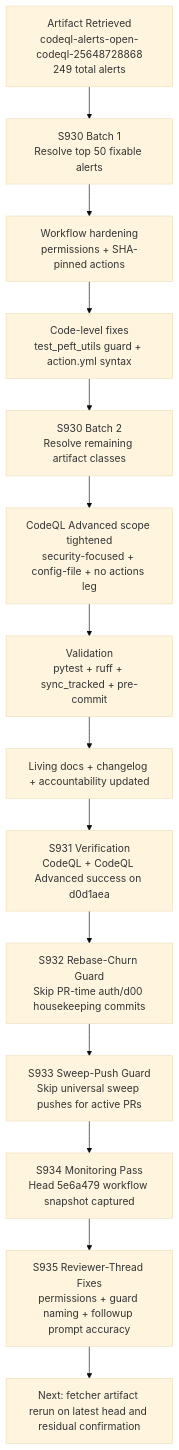
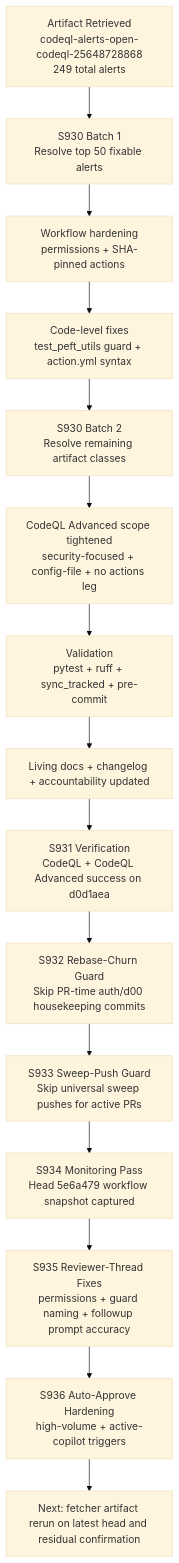
Before and after one commit to Aries-Serpent/_codex_: the first of 2 diagrams in docs/sessions/PR4393_session_diagram.md, drawn with Mermaid (base theme). The commit also changed other lines of this file and 6 other files, not shown here.

First line of the commit message:
fix(ci): harden auto-approve for active copilot sessions and high pending workflow volume

````diff
--- a/docs/sessions/PR4393_session_diagram.md
+++ b/docs/sessions/PR4393_session_diagram.md
@@ -3,17 +3,18 @@
 ```mermaid
 graph TD
   A[Artifact Retrieved<br/>codeql-alerts-open-codeql-25648728868<br/>249 total alerts] --> B
   B[S930 Batch 1<br/>Resolve top 50 fixable alerts] --> C
   C[Workflow hardening<br/>permissions + SHA-pinned actions] --> D
   D[Code-level fixes<br/>test_peft_utils guard + action.yml syntax] --> E
   E[S930 Batch 2<br/>Resolve remaining artifact classes] --> F
   F[CodeQL Advanced scope tightened<br/>security-focused + config-file + no actions leg] --> G
   G[Validation<br/>pytest + ruff + sync_tracked + pre-commit] --> H
   H[Living docs + changelog + accountability updated] --> I
   I[S931 Verification<br/>CodeQL + CodeQL Advanced success on d0d1aea] --> J
   J[S932 Rebase-Churn Guard<br/>Skip PR-time auth/d00 housekeeping commits] --> K
   K[S933 Sweep-Push Guard<br/>Skip universal sweep pushes for active PRs] --> L
   L[S934 Monitoring Pass<br/>Head 5e6a479 workflow snapshot captured] --> M
   M[S935 Reviewer-Thread Fixes<br/>permissions + guard naming + followup prompt accuracy] --> N
-  N[Next: fetcher artifact rerun on latest head and residual confirmation]
+  N[S936 Auto-Approve Hardening<br/>high-volume + active-copilot triggers] --> O
+  O[Next: fetcher artifact rerun on latest head and residual confirmation]
 ```
````
